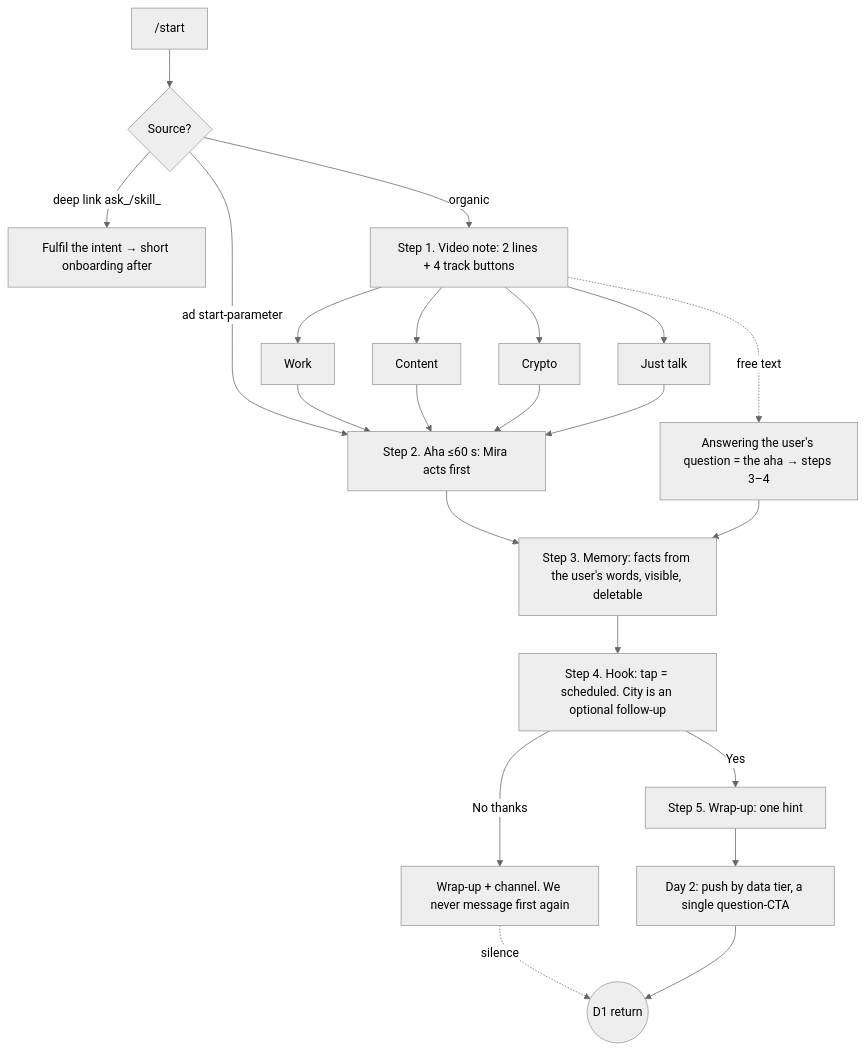
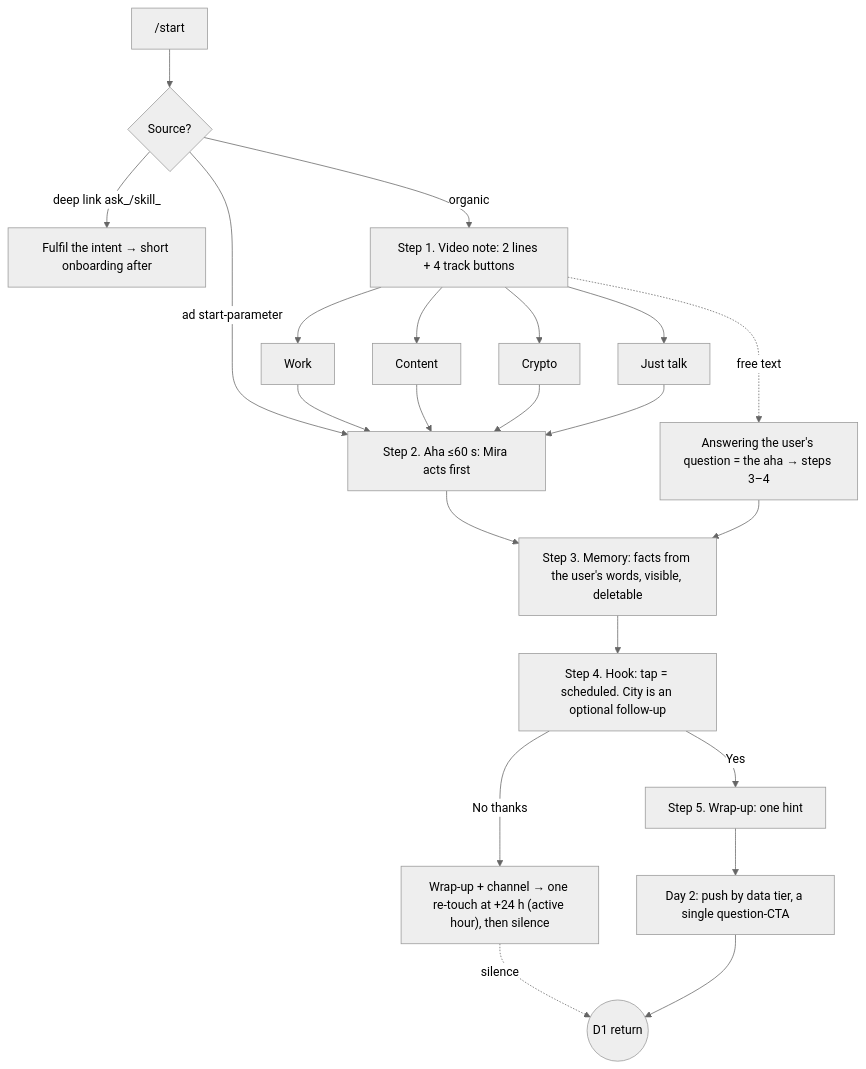
The diagram in PRD.md (yrze/miraonboarding), drawn with Mermaid (neutral theme) before and after one commit. The commit also changed other lines of this file and 2 other files, not shown here.

````diff
--- a/PRD.md
+++ b/PRD.md
@@ -114,18 +114,18 @@
 ```mermaid
 flowchart TD
     A["/start"] --> B{Source?}
     B -- "deep link ask_/skill_" --> B1[Fulfil the intent → short onboarding after]
     B -- "ad start-parameter" --> E
     B -- organic --> C["Step 1. Video note: 2 lines + 4 track buttons"]
     C --> D1[Work] & D2[Content] & D3[Crypto] & D4[Just talk]
     C -.free text.-> E0["Answering the user's question = the aha → steps 3–4"]
     D1 & D2 & D3 & D4 --> E["Step 2. Aha ≤60 s: Mira acts first"]
     E --> F["Step 3. Memory: facts from the user's words, visible, deletable"]
     F --> G["Step 4. Hook: tap = scheduled. City is an optional follow-up"]
     G -- Yes --> H["Step 5. Wrap-up: one hint"]
-    G -- "No thanks" --> H2["Wrap-up + channel. We never message first again"]
+    G -- "No thanks" --> H2["Wrap-up + channel → one re-touch at +24 h (active hour), then silence"]
     E0 --> F
     H --> I["Day 2: push by data tier, a single question-CTA"]
     H2 -.silence.-> J
     I --> J((D1 return))
 ```
````
